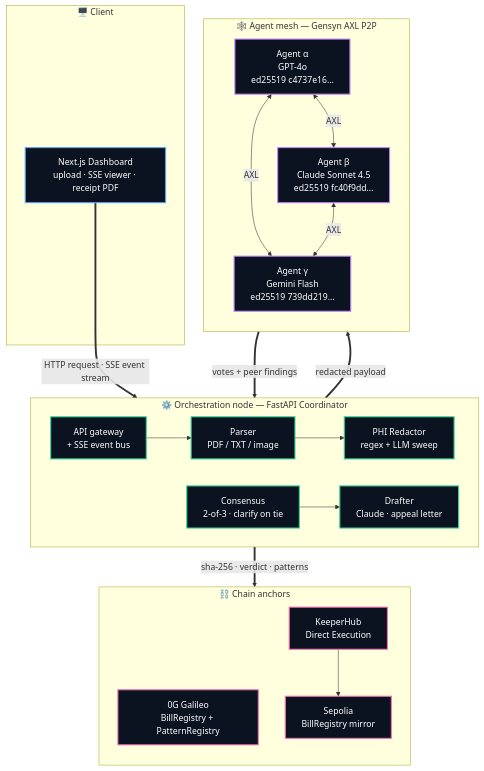
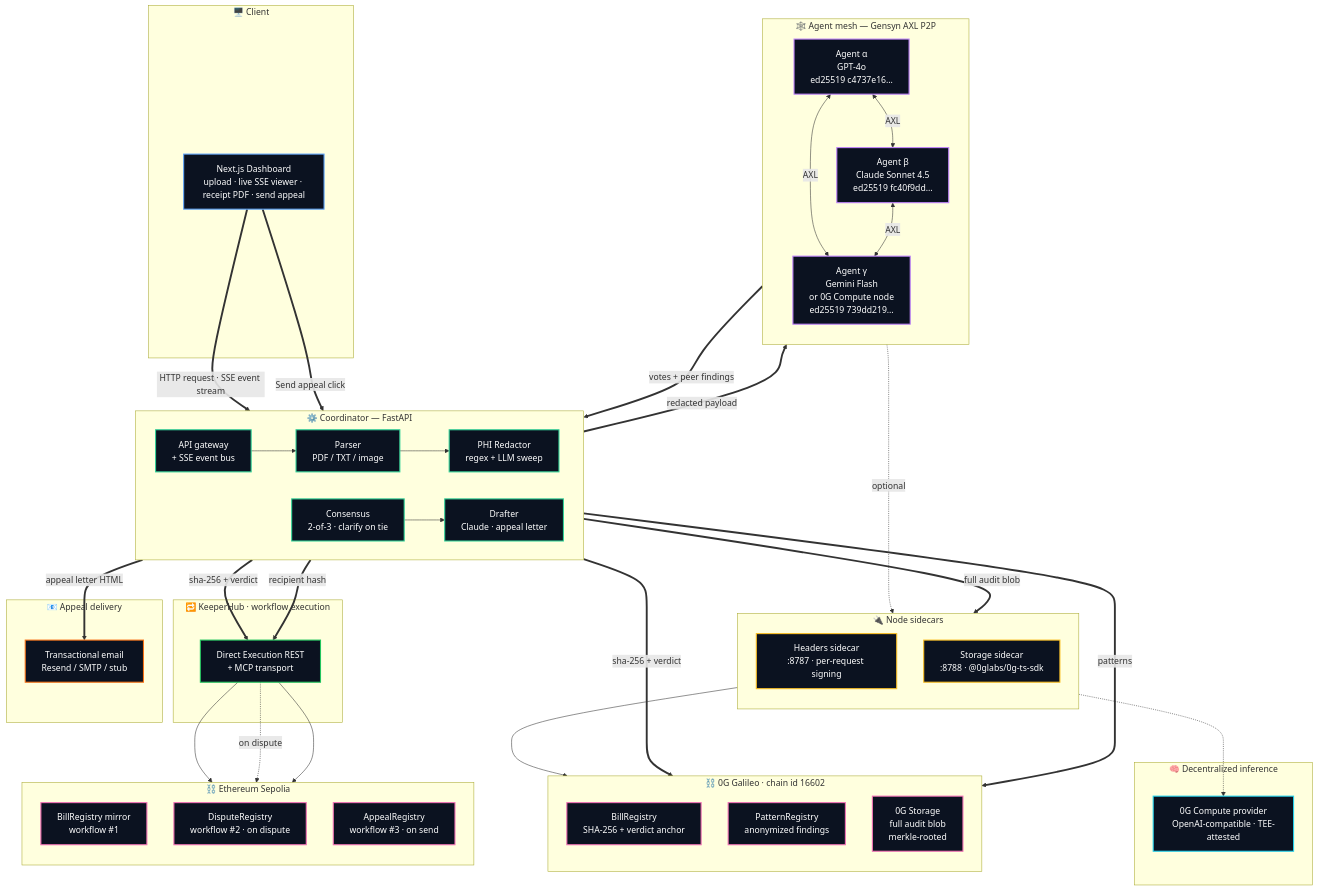
One commit to jhatch3/lethe- changed the diagram in README.md. Above: the diagram before and after it, drawn with Mermaid. The commit also changed other lines of this file and 5 other files, not shown here.

````diff
--- a/README.md
+++ b/README.md
@@ -102,10 +98,10 @@
 ```mermaid
 flowchart TB
     subgraph Client["🖥️ Client"]
-        UI[Next.js Dashboard<br/>upload · SSE viewer · receipt PDF]
+        UI[Next.js Dashboard<br/>upload · live SSE viewer · receipt PDF · send appeal]
     end
 
-    subgraph Orchestration["⚙️ Orchestration node — FastAPI Coordinator"]
+    subgraph Orchestration["⚙️ Coordinator — FastAPI"]
         direction LR
         API[API gateway<br/>+ SSE event bus]
         Parse[Parser<br/>PDF / TXT / image]
@@ -118,34 +114,76 @@
         direction TB
         Alpha[Agent α<br/>GPT-4o<br/>ed25519 c4737e16…]
         Beta[Agent β<br/>Claude Sonnet 4.5<br/>ed25519 fc40f9dd…]
-        Gamma[Agent γ<br/>Gemini Flash<br/>ed25519 739dd219…]
+        Gamma[Agent γ<br/>Gemini Flash<br/>or 0G Compute node<br/>ed25519 739dd219…]
         Alpha <-->|AXL| Beta
         Alpha <-->|AXL| Gamma
         Beta <-->|AXL| Gamma
     end
 
-    subgraph Chain["⛓️ Chain anchors"]
+    subgraph Sidecars["🔌 Node sidecars"]
         direction TB
-        ZG[0G Galileo<br/>BillRegistry + PatternRegistry]
-        KH[KeeperHub<br/>Direct Execution]
-        Sep[Sepolia<br/>BillRegistry mirror]
-        KH --> Sep
+        HSidecar[Headers sidecar<br/>:8787 · per-request signing]
+        SSidecar[Storage sidecar<br/>:8788 · @0glabs/0g-ts-sdk]
+    end
+
+    subgraph DecInf["🧠 Decentralized inference"]
+        ZGCompute[0G Compute provider<br/>OpenAI-compatible · TEE-attested]
+    end
+
+    subgraph ZG["⛓️ 0G Galileo · chain id 16602"]
+        direction TB
+        BillReg[BillRegistry<br/>SHA-256 + verdict anchor]
+        PatReg[PatternRegistry<br/>anonymized findings]
+        ZGStore[0G Storage<br/>full audit blob<br/>merkle-rooted]
+    end
+
+    subgraph KH["🔁 KeeperHub · workflow execution"]
+        KHrest[Direct Execution REST<br/>+ MCP transport]
+    end
+
+    subgraph Sepolia["⛓️ Ethereum Sepolia"]
+        direction TB
+        SepBill[BillRegistry mirror<br/>workflow #1]
+        SepDisp[DisputeRegistry<br/>workflow #2 · on dispute]
+        SepApp[AppealRegistry<br/>workflow #3 · on send]
+    end
+
+    subgraph Email["📧 Appeal delivery"]
+        Resend[Transactional email<br/>Resend / SMTP / stub]
     end
 
     UI ==>|HTTP request · SSE event stream| API
     API --> Parse --> Redact
     Redact ==>|redacted payload| AgentMesh
+    Gamma -.->|optional| HSidecar
+    HSidecar -.-> ZGCompute
     AgentMesh ==>|votes + peer findings| Tally
     Tally --> Drafter
-    Tally ==>|sha-256 · verdict · patterns| Chain
+    Tally ==>|sha-256 + verdict| BillReg
+    Tally ==>|patterns| PatReg
+    Tally ==>|full audit blob| SSidecar --> ZGStore
+    Tally ==>|sha-256 + verdict| KHrest
+    KHrest --> SepBill
+    KHrest -.->|on dispute| SepDisp
+    UI ==>|"Send appeal" click| API
+    API ==>|appeal letter HTML| Resend
+    API ==>|recipient hash| KHrest --> SepApp
 
     classDef client fill:#0b1220,stroke:#60a5fa,stroke-width:2px,color:#fff
     classDef orch   fill:#0b1220,stroke:#34d399,stroke-width:2px,color:#fff
     classDef agent  fill:#0b1220,stroke:#c084fc,stroke-width:2px,color:#fff
+    classDef side   fill:#0b1220,stroke:#fbbf24,stroke-width:2px,color:#fff
+    classDef dec    fill:#0b1220,stroke:#22d3ee,stroke-width:2px,color:#fff
     classDef chain  fill:#0b1220,stroke:#f472b6,stroke-width:2px,color:#fff
+    classDef exec   fill:#0b1220,stroke:#22c55e,stroke-width:2px,color:#fff
+    classDef mail   fill:#0b1220,stroke:#f97316,stroke-width:2px,color:#fff
 
     class UI client
     class API,Parse,Redact,Tally,Drafter orch
     class Alpha,Beta,Gamma agent
-    class ZG,KH,Sep chain
+    class HSidecar,SSidecar side
+    class ZGCompute dec
+    class BillReg,PatReg,ZGStore,SepBill,SepDisp,SepApp chain
+    class KHrest exec
+    class Resend mail
 ```
````
